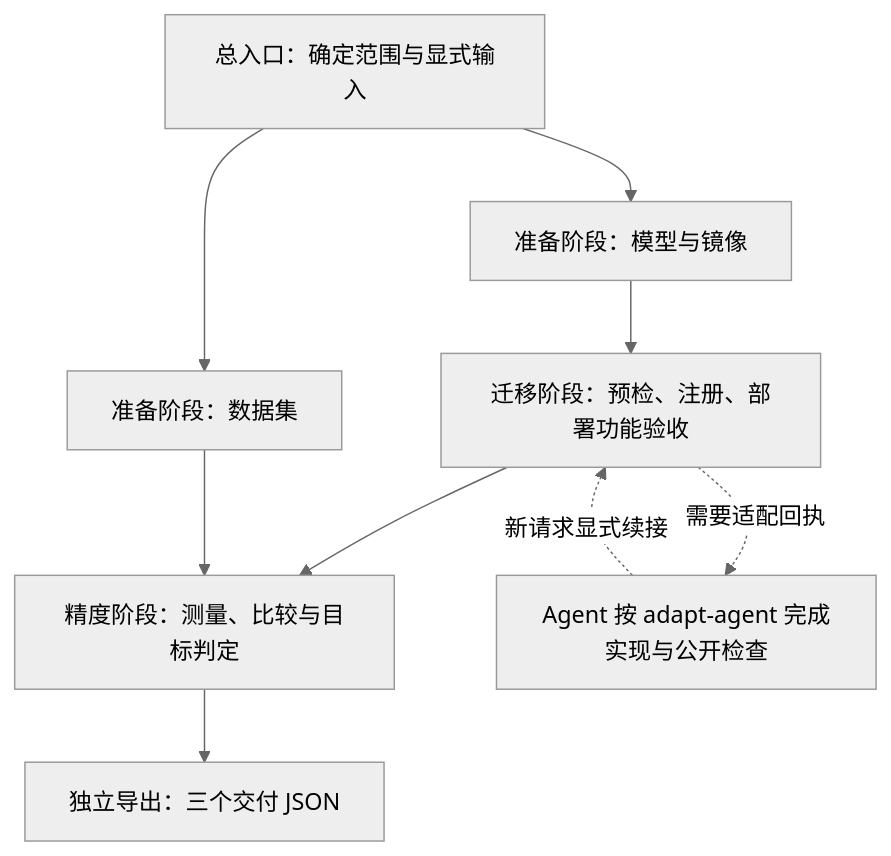
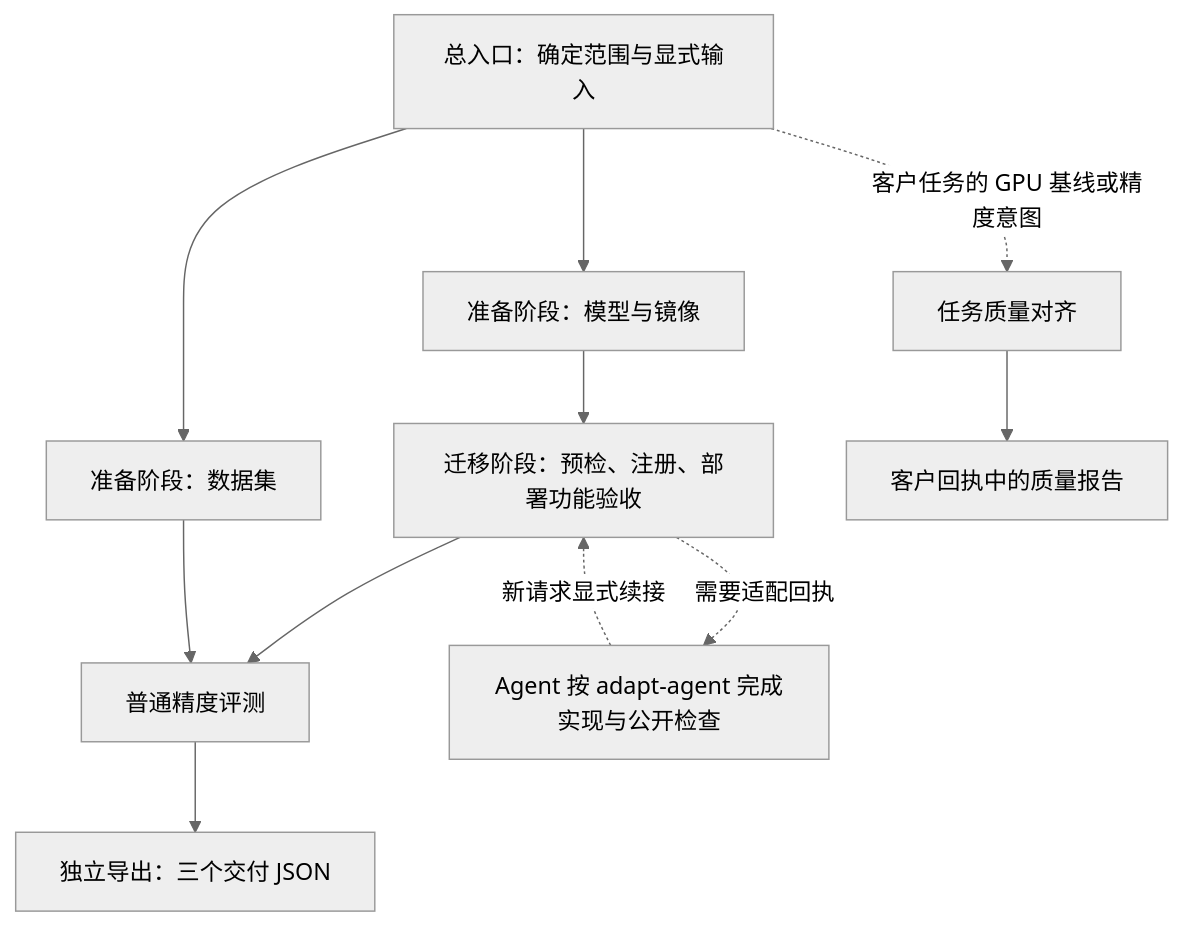
One commit to 23japhone/model-migration changed the diagram in docs/ARCHITECTURE.md. Above: the diagram before and after it, drawn with Mermaid (neutral theme). The commit also changed other lines of this file and 9 other files, not shown here.

````diff
--- a/docs/ARCHITECTURE.md
+++ b/docs/ARCHITECTURE.md
@@ -125,11 +127,13 @@
 ```mermaid
 flowchart TD
     E[总入口：确定范围与显式输入] --> P[准备阶段：模型与镜像]
     E --> D[准备阶段：数据集]
     P --> M[迁移阶段：预检、注册、部署功能验收]
-    M --> A[精度阶段：测量、比较与目标判定]
+    M --> A[普通精度评测]
     D --> A
     A --> H[独立导出：三个交付 JSON]
+    E -. 客户任务的 GPU 基线或精度意图 .-> Q[任务质量对齐]
+    Q --> S[客户回执中的质量报告]
     M -. 需要适配回执 .-> R[Agent 按 adapt-agent 完成实现与公开检查]
     R -. 新请求显式续接 .-> M
 ```
````
